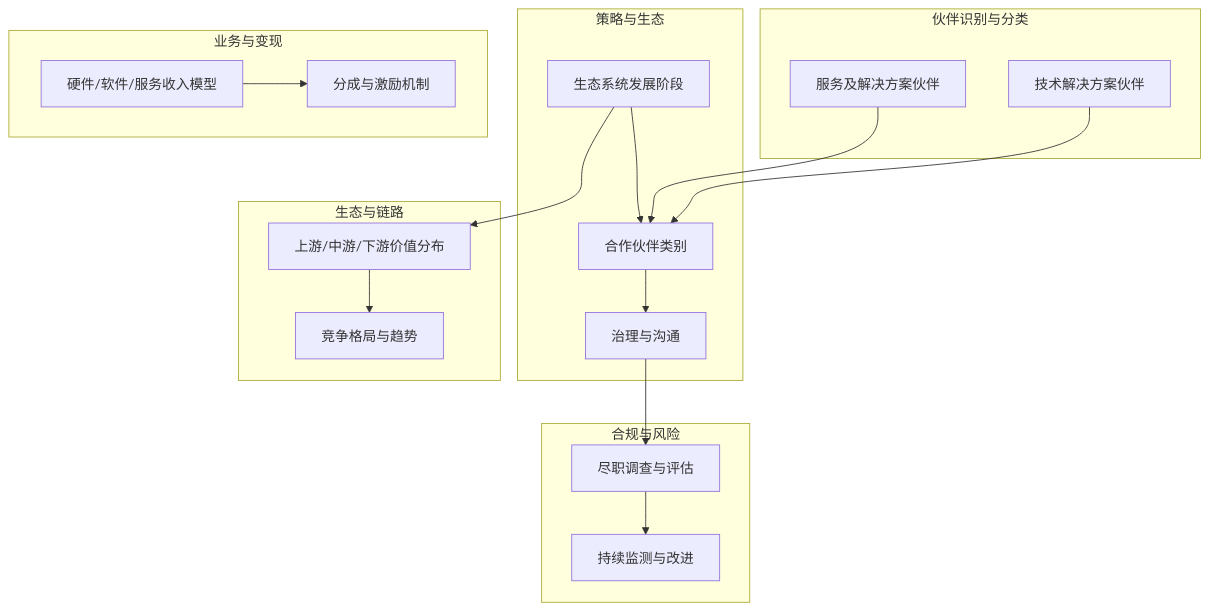
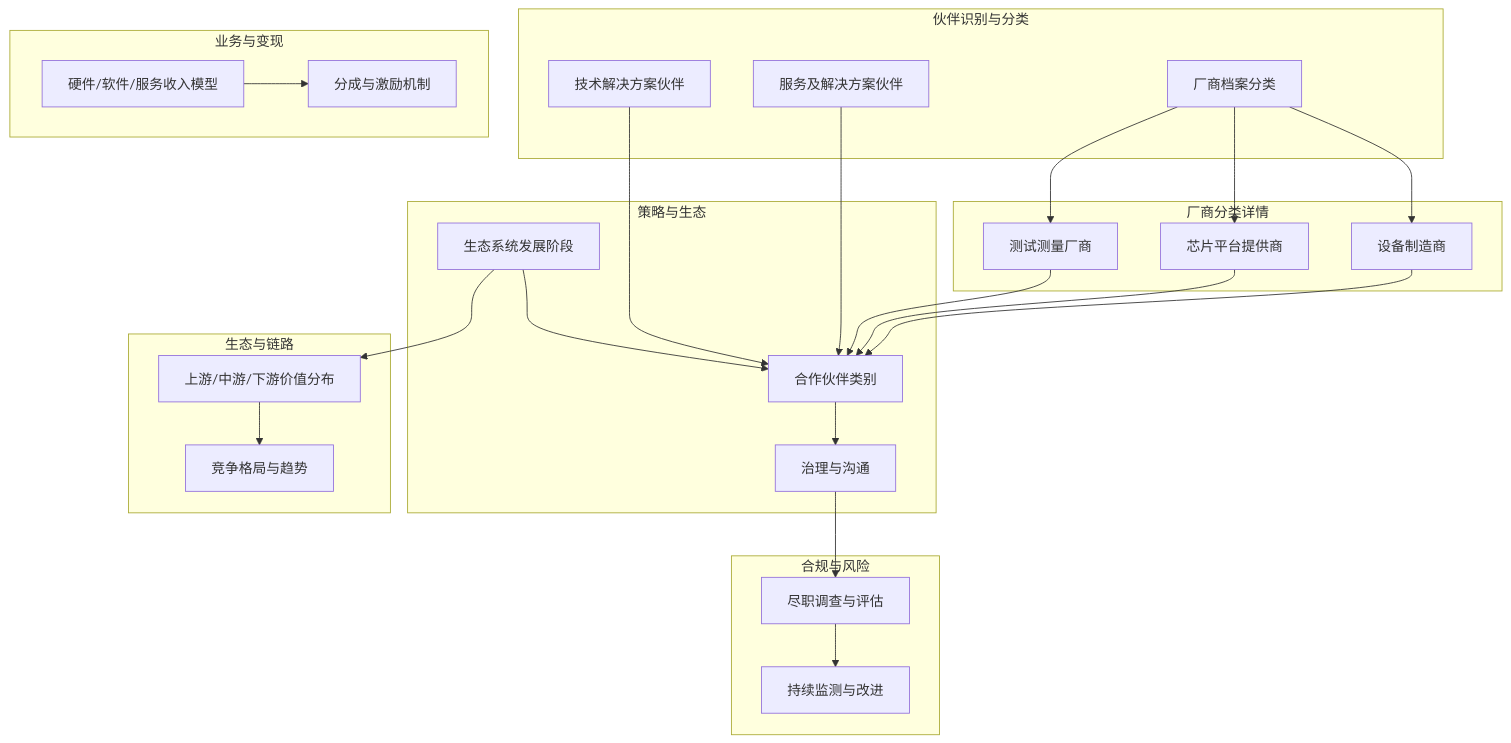
The second of 7 diagrams in .qoder/repowiki/zh/content/生态合作/合作伙伴分类.md (allengaller/oran-database), drawn with Mermaid before and after one commit. The commit also changed other lines of this file and 372 other files, not shown here.

````diff
--- a/.qoder/repowiki/zh/content/生态合作/合作伙伴分类.md
+++ b/.qoder/repowiki/zh/content/生态合作/合作伙伴分类.md
@@ -76,33 +102,45 @@
 ```mermaid
 graph TB
 subgraph "伙伴识别与分类"
 P1["技术解决方案伙伴"]
 P2["服务及解决方案伙伴"]
+P3["厂商档案分类"]
 end
 subgraph "策略与生态"
 S1["生态系统发展阶段"]
 S2["合作伙伴类别"]
 S3["治理与沟通"]
 end
 subgraph "业务与变现"
 B1["硬件/软件/服务收入模型"]
 B2["分成与激励机制"]
 end
 subgraph "生态与链路"
 E1["上游/中游/下游价值分布"]
 E2["竞争格局与趋势"]
 end
 subgraph "合规与风险"
 C1["尽职调查与评估"]
 C2["持续监测与改进"]
 end
+subgraph "厂商分类详情"
+V1["设备制造商"]
+V2["芯片平台提供商"]
+V3["测试测量厂商"]
+end
 P1 --> S2
 P2 --> S2
+P3 --> V1
+P3 --> V2
+P3 --> V3
+V1 --> S2
+V2 --> S2
+V3 --> S2
 S2 --> S3
 S1 --> S2
 S1 --> E1
 E1 --> E2
 B1 --> B2
 S3 --> C1
 C1 --> C2
 ```
````
